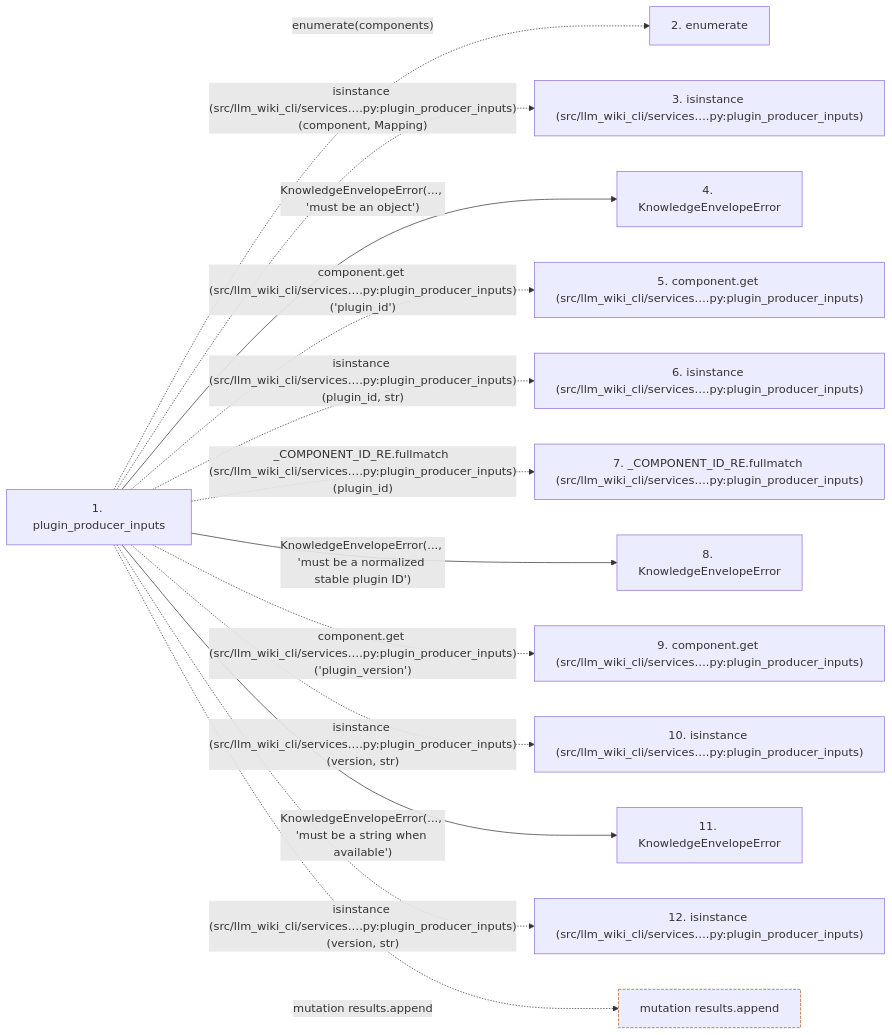
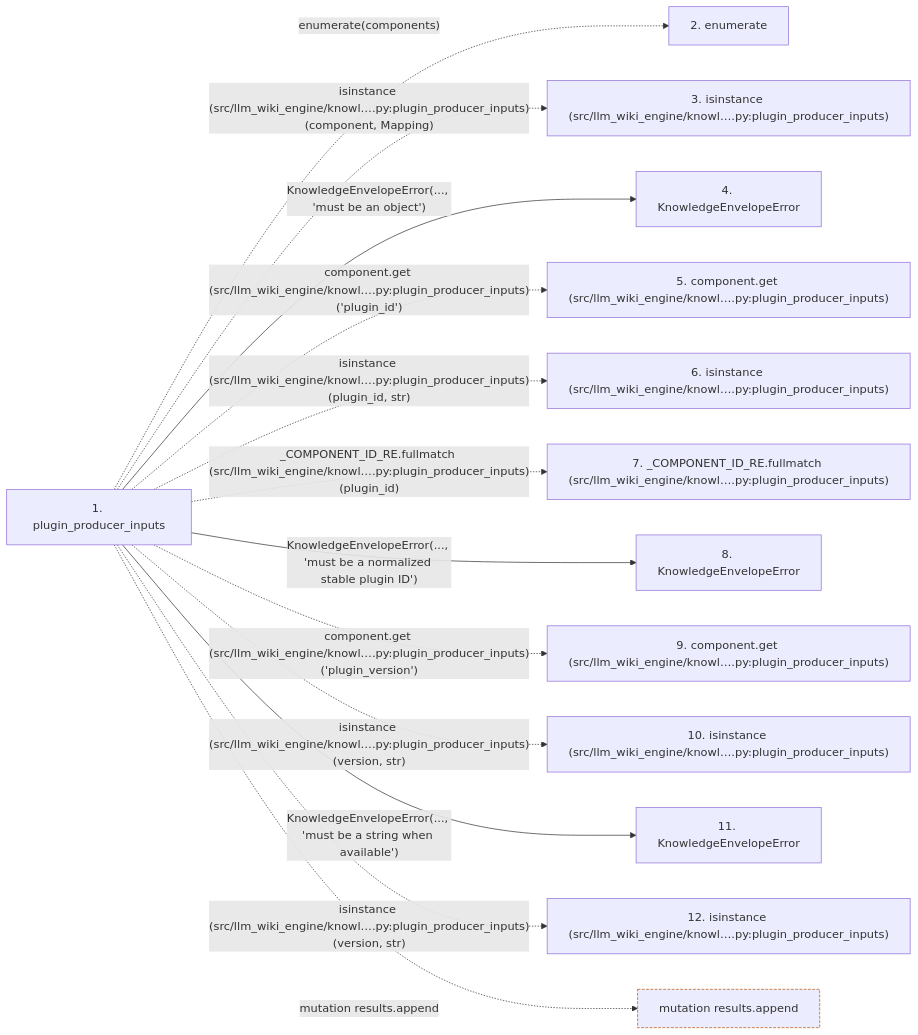
The second of 2 diagrams in docs/llm_wiki/flows/api-plugin_producer_inputs.md (Denissvgn/python-wiki-llm), drawn with Mermaid before and after one commit. The commit also changed other lines of this file and 1058 other files, not shown here.

````diff
--- a/docs/llm_wiki/flows/api-plugin_producer_inputs.md
+++ b/docs/llm_wiki/flows/api-plugin_producer_inputs.md
@@ -118,34 +118,34 @@
 ```mermaid
 flowchart LR
     s1["1. plugin_producer_inputs"]
     s2["2. enumerate"]
-    s3["3. isinstance (src/llm_wiki_cli/services….py:plugin_producer_inputs)"]
+    s3["3. isinstance (src/llm_wiki_engine/knowl….py:plugin_producer_inputs)"]
     s4["4. KnowledgeEnvelopeError"]
-    s5["5. component.get (src/llm_wiki_cli/services….py:plugin_producer_inputs)"]
-    s6["6. isinstance (src/llm_wiki_cli/services….py:plugin_producer_inputs)"]
-    s7["7. _COMPONENT_ID_RE.fullmatch (src/llm_wiki_cli/services….py:plugin_producer_inputs)"]
+    s5["5. component.get (src/llm_wiki_engine/knowl….py:plugin_producer_inputs)"]
+    s6["6. isinstance (src/llm_wiki_engine/knowl….py:plugin_producer_inputs)"]
+    s7["7. _COMPONENT_ID_RE.fullmatch (src/llm_wiki_engine/knowl….py:plugin_producer_inputs)"]
     s8["8. KnowledgeEnvelopeError"]
-    s9["9. component.get (src/llm_wiki_cli/services….py:plugin_producer_inputs)"]
-    s10["10. isinstance (src/llm_wiki_cli/services….py:plugin_producer_inputs)"]
+    s9["9. component.get (src/llm_wiki_engine/knowl….py:plugin_producer_inputs)"]
+    s10["10. isinstance (src/llm_wiki_engine/knowl….py:plugin_producer_inputs)"]
     s11["11. KnowledgeEnvelopeError"]
-    s12["12. isinstance (src/llm_wiki_cli/services….py:plugin_producer_inputs)"]
+    s12["12. isinstance (src/llm_wiki_engine/knowl….py:plugin_producer_inputs)"]
     s1 -. "enumerate(components)" .-> s2
-    s1 -. "isinstance (src/llm_wiki_cli/services….py:plugin_producer_inputs)(component, Mapping)" .-> s3
+    s1 -. "isinstance (src/llm_wiki_engine/knowl….py:plugin_producer_inputs)(component, Mapping)" .-> s3
     s1 -->|"KnowledgeEnvelopeError(..., 'must be an object')"| s4
-    s1 -. "component.get (src/llm_wiki_cli/services….py:plugin_producer_inputs)('plugin_id')" .-> s5
-    s1 -. "isinstance (src/llm_wiki_cli/services….py:plugin_producer_inputs)(plugin_id, str)" .-> s6
-    s1 -. "_COMPONENT_ID_RE.fullmatch (src/llm_wiki_cli/services….py:plugin_producer_inputs)(plugin_id)" .-> s7
+    s1 -. "component.get (src/llm_wiki_engine/knowl….py:plugin_producer_inputs)('plugin_id')" .-> s5
+    s1 -. "isinstance (src/llm_wiki_engine/knowl….py:plugin_producer_inputs)(plugin_id, str)" .-> s6
+    s1 -. "_COMPONENT_ID_RE.fullmatch (src/llm_wiki_engine/knowl….py:plugin_producer_inputs)(plugin_id)" .-> s7
     s1 -->|"KnowledgeEnvelopeError(..., 'must be a normalized stable plugin ID')"| s8
-    s1 -. "component.get (src/llm_wiki_cli/services….py:plugin_producer_inputs)('plugin_version')" .-> s9
-    s1 -. "isinstance (src/llm_wiki_cli/services….py:plugin_producer_inputs)(version, str)" .-> s10
+    s1 -. "component.get (src/llm_wiki_engine/knowl….py:plugin_producer_inputs)('plugin_version')" .-> s9
+    s1 -. "isinstance (src/llm_wiki_engine/knowl….py:plugin_producer_inputs)(version, str)" .-> s10
     s1 -->|"KnowledgeEnvelopeError(..., 'must be a string when available')"| s11
-    s1 -. "isinstance (src/llm_wiki_cli/services….py:plugin_producer_inputs)(version, str)" .-> s12
+    s1 -. "isinstance (src/llm_wiki_engine/knowl….py:plugin_producer_inputs)(version, str)" .-> s12
     b0["mutation results.append"]
     s1 -. "mutation results.append" .-> b0
     click s1 "../modules/knowledge_envelope.md"
     click s4 "../modules/knowledge_envelope.md"
     click s8 "../modules/knowledge_envelope.md"
     click s11 "../modules/knowledge_envelope.md"
     classDef boundary stroke:#b45309,stroke-dasharray: 4 2
     class b0 boundary
 ```
````
